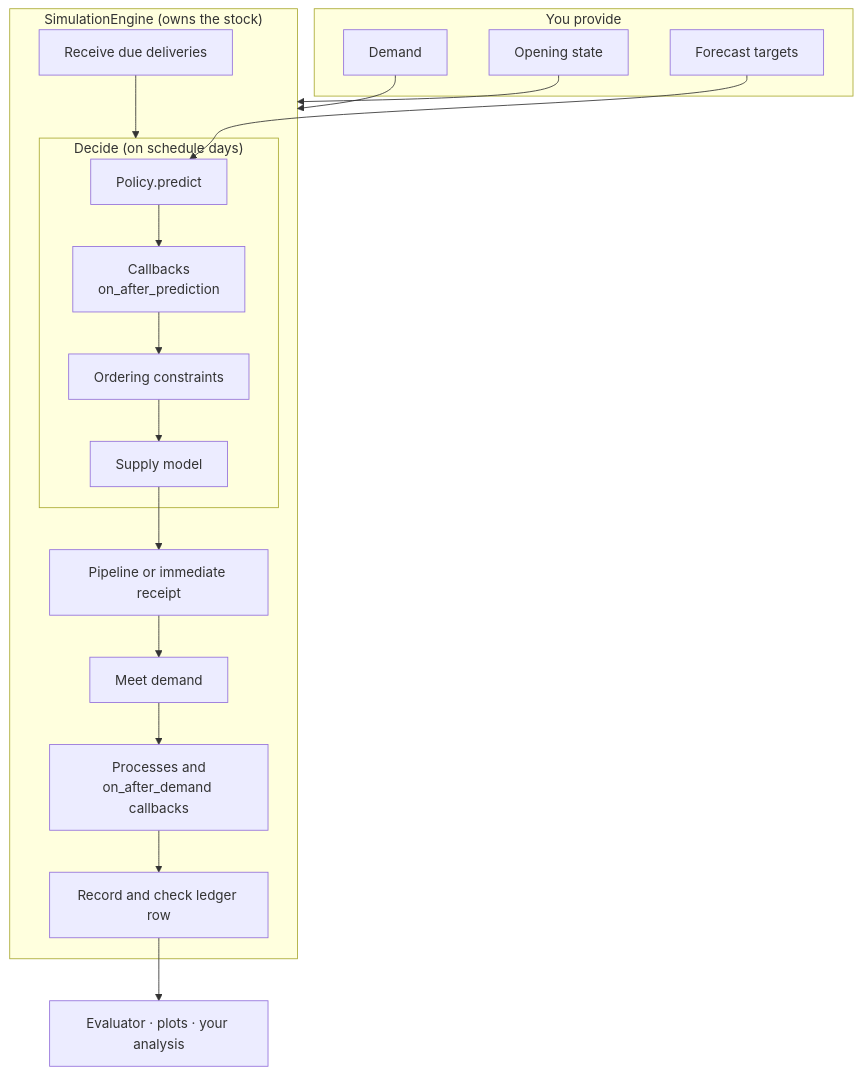
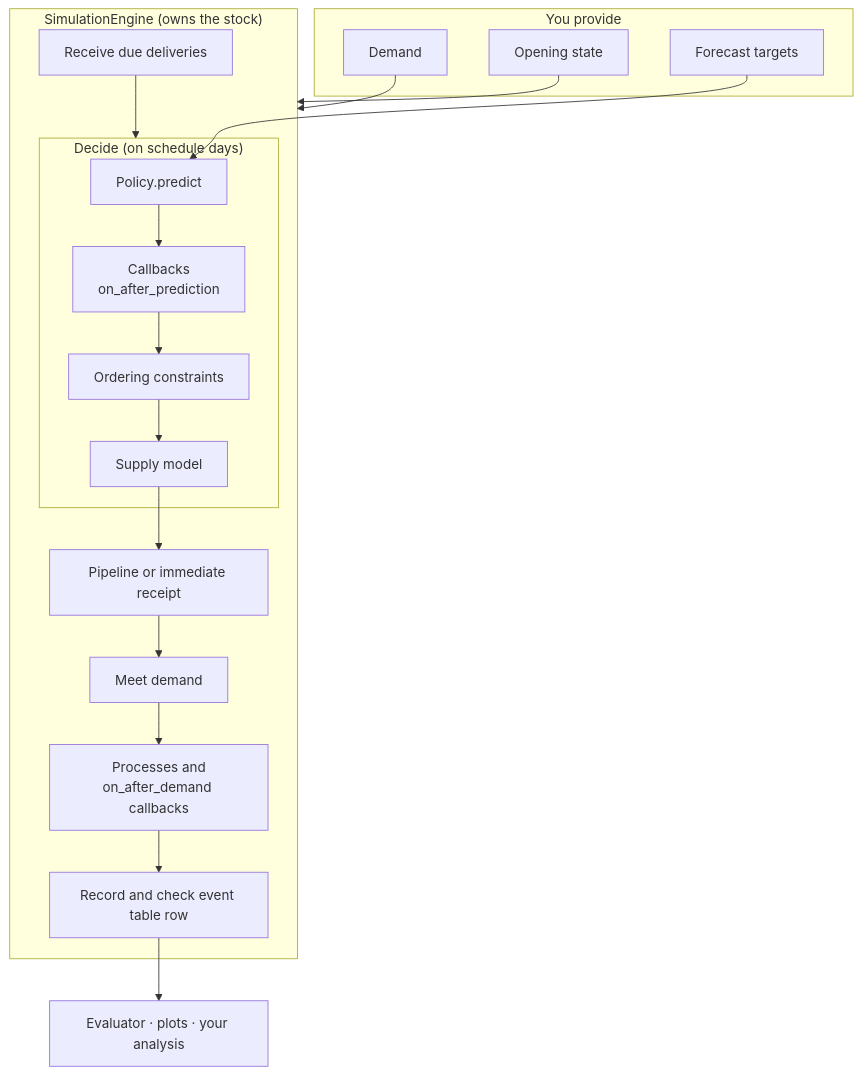
The diagram in docs/user-guide/concepts/architecture.md (FilTheo/stockcast), drawn with Mermaid before and after one commit. The commit also changed other lines of this file and 66 other files, not shown here.

First line of the commit message:
Docs: call the run record the "event table", not the "ledger"

````diff
--- a/docs/user-guide/concepts/architecture.md
+++ b/docs/user-guide/concepts/architecture.md
@@ -30,24 +30,24 @@
 ```mermaid
 flowchart TB
     subgraph You["You provide"]
         D[Demand]
         S0[Opening state]
         T[Forecast targets]
     end
     subgraph Decide["Decide (on schedule days)"]
         P[Policy.predict] --> CB[Callbacks<br/>on_after_prediction]
         CB --> C[Ordering constraints]
         C --> SU[Supply model]
     end
     subgraph Engine["SimulationEngine (owns the stock)"]
         R[Receive due deliveries] --> Decide
         SU --> PL[Pipeline or immediate receipt]
         PL --> DM[Meet demand]
         DM --> PR[Processes and<br/>on_after_demand callbacks]
-        PR --> LG[Record and check ledger row]
+        PR --> LG[Record and check event table row]
     end
     D --> Engine
     S0 --> Engine
     T --> P
     LG --> EV[Evaluator · plots · your analysis]
 ```
````
